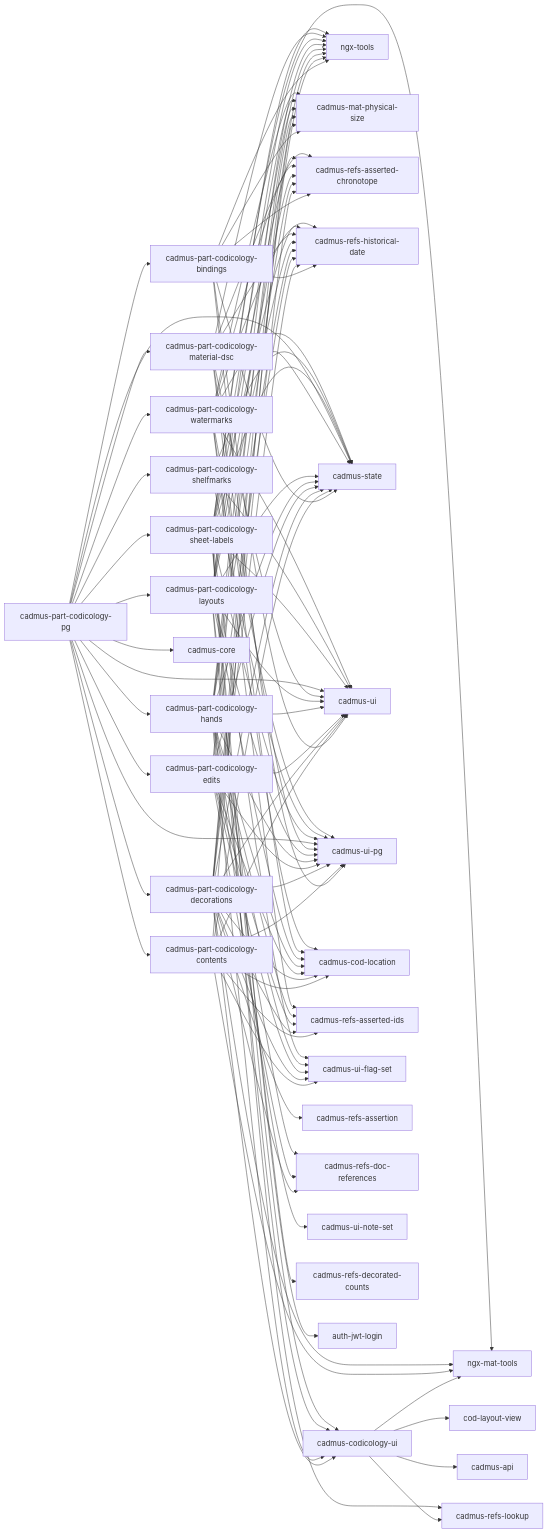
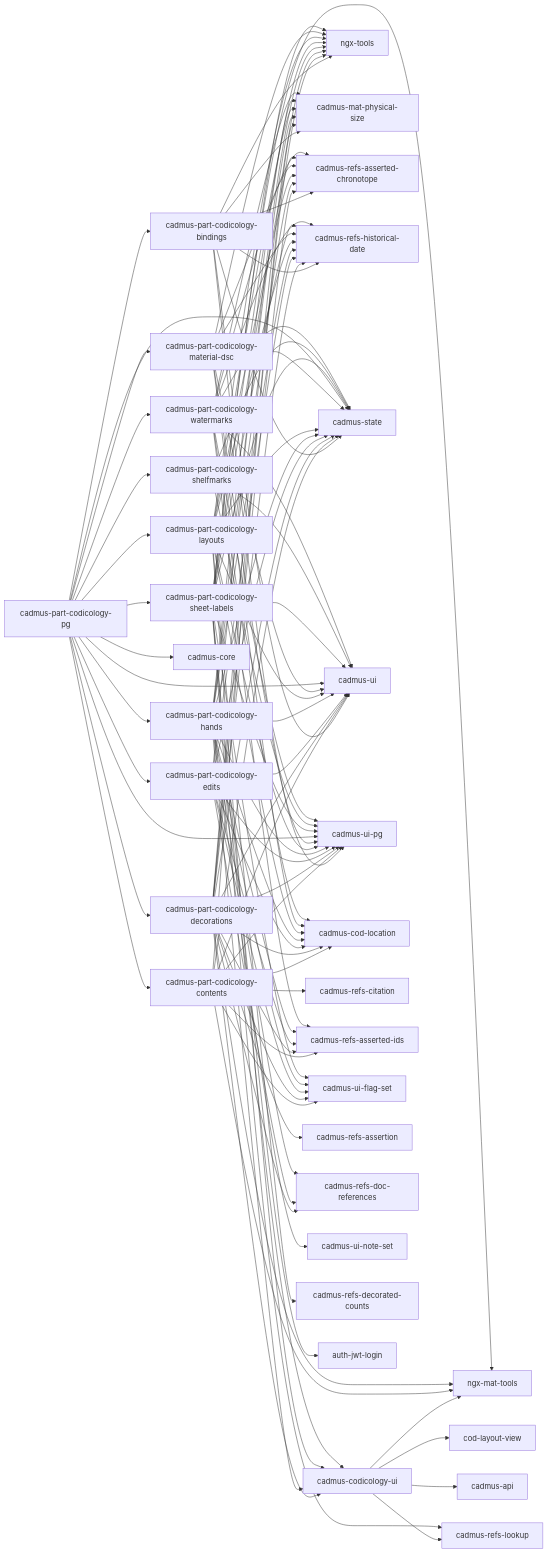
Before and after one commit to vedph/cadmus-codicology-shell: the diagram in README.md, drawn with Mermaid. The commit also changed other lines of this file and 15 other files, not shown here.

Commit message:
Added citation picker to contents

```diff
--- a/README.md
+++ b/README.md
@@ -62,6 +62,7 @@
   cadmus-part-codicology-contents --> ngx-tools
   cadmus-part-codicology-contents --> ngx-mat-tools
   cadmus-part-codicology-contents --> cadmus-cod-location
+  cadmus-part-codicology-contents --> cadmus-refs-citation
   cadmus-part-codicology-contents --> cadmus-refs-asserted-ids
   cadmus-part-codicology-contents --> cadmus-ui-flag-set
   cadmus-part-codicology-contents --> cadmus-state
```
